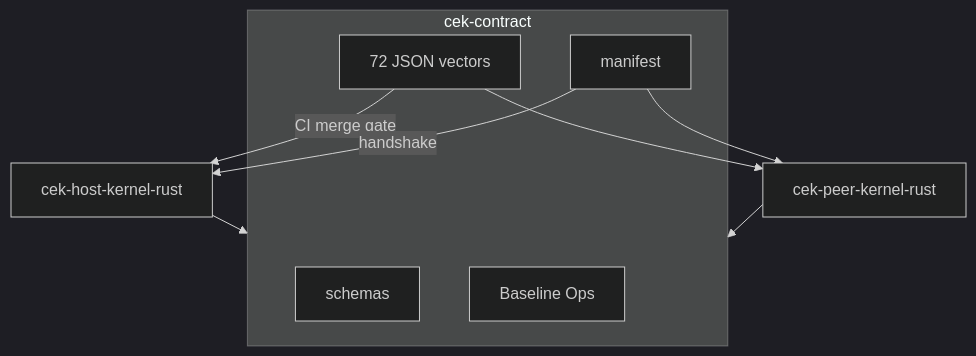
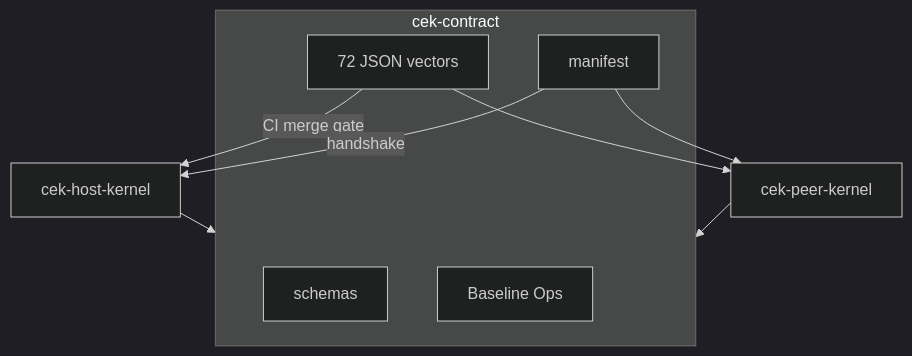
One commit to bitplorer/cek-runtime changed the diagram in diagrams/06-contract-product.mmd. Above: the diagram before and after it, drawn with Mermaid (dark theme). The commit also changed 8 other files, not shown here.

First line of the commit message:
docs: teach one Peer engine and the #11 hop graph

```diff
--- a/diagrams/06-contract-product.mmd
+++ b/diagrams/06-contract-product.mmd
@@ -1,13 +1,13 @@
 flowchart TB
   subgraph Contract["cek-contract"]
     SCH[schemas]
     VEC[72 JSON vectors]
     BASE[Baseline Ops]
     MAN[manifest]
   end
-  H[cek-host-kernel-rust] --> Contract
-  P[cek-peer-kernel-rust] --> Contract
+  H[cek-host-kernel] --> Contract
+  P[cek-peer-kernel] --> Contract
   VEC -->|CI merge gate| H
   VEC --> P
   MAN -->|handshake| H
   MAN --> P
```
